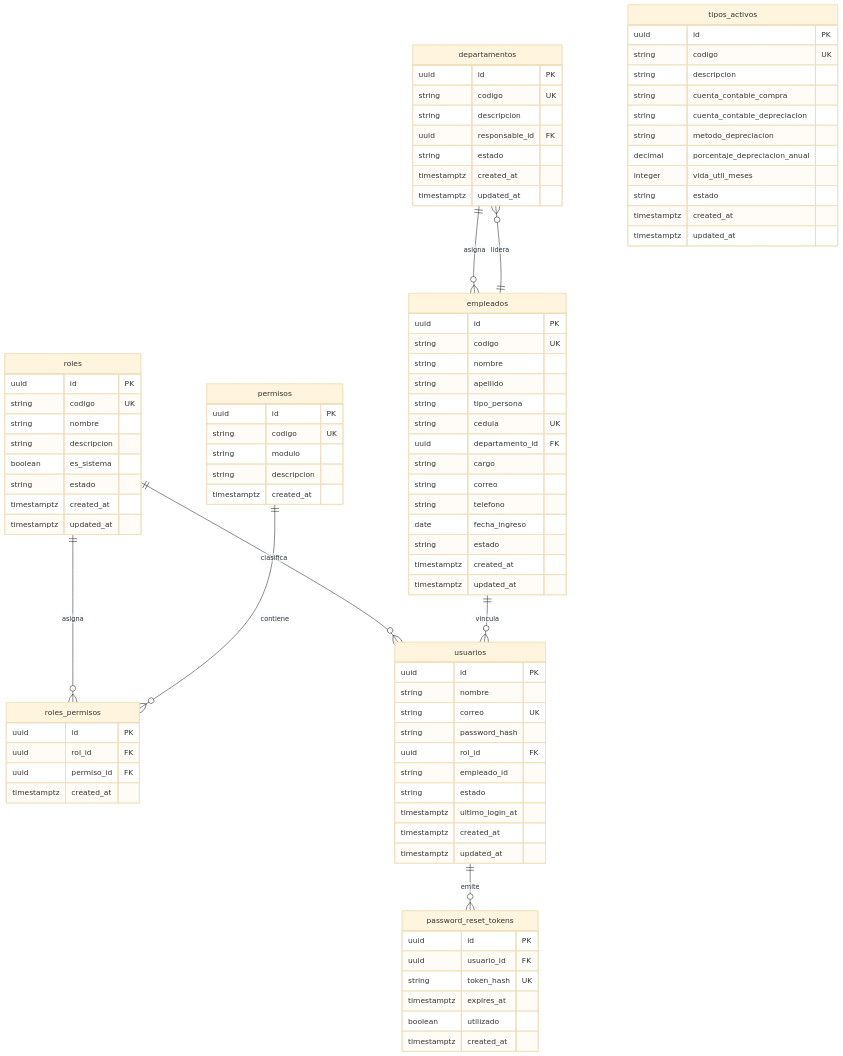
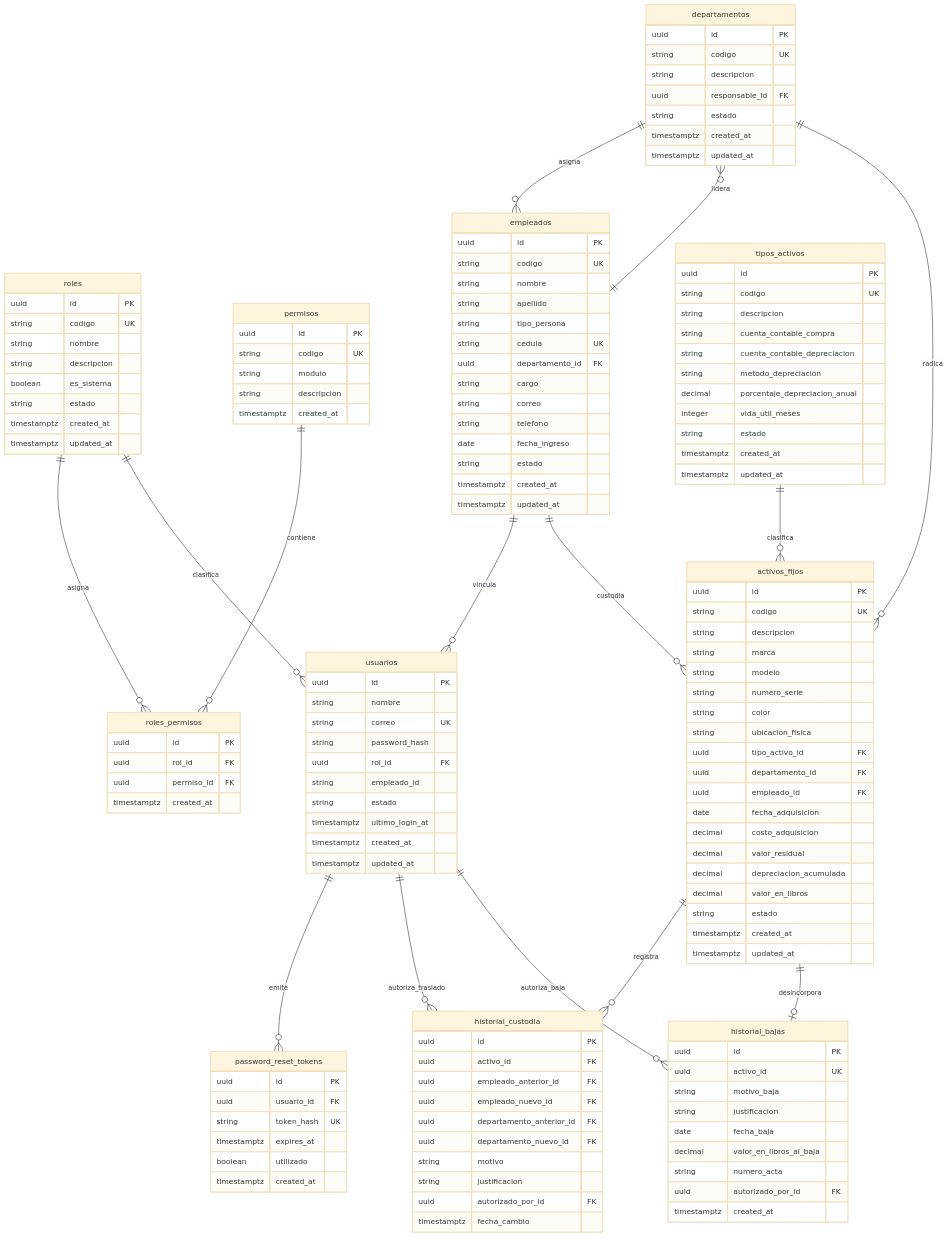
Before and after one commit to JeremyJS20/activa_core: the fourth of 4 diagrams in docs/modules/activos-fijos.md, drawn with Mermaid (base theme). The commit also changed other lines of this file and 2 other files, not shown here.

Commit message:
docs(activos-fijos): certificar Task 4.3 sincronizacion de documentacion viva de modulo y base de datos para Sub-modulo 02

````diff
--- a/docs/modules/activos-fijos.md
+++ b/docs/modules/activos-fijos.md
@@ -102,6 +114,13 @@
     departamentos ||--o{ empleados : asigna
     departamentos }o--|| empleados : lidera
     empleados ||--o{ usuarios : vincula
+    tipos_activos ||--o{ activos_fijos : clasifica
+    departamentos ||--o{ activos_fijos : radica
+    empleados ||--o{ activos_fijos : custodia
+    activos_fijos ||--o{ historial_custodia : registra
+    activos_fijos ||--o| historial_bajas : desincorpora
+    usuarios ||--o{ historial_custodia : autoriza_traslado
+    usuarios ||--o{ historial_bajas : autoriza_baja
 
     departamentos {
         uuid id PK
@@ -191,4 +210,51 @@
         boolean utilizado
         timestamptz created_at
     }
+
+    activos_fijos {
+        uuid id PK
+        string codigo UK
+        string descripcion
+        string marca
+        string modelo
+        string numero_serie
+        string color
+        string ubicacion_fisica
+        uuid tipo_activo_id FK
+        uuid departamento_id FK
+        uuid empleado_id FK
+        date fecha_adquisicion
+        decimal costo_adquisicion
+        decimal valor_residual
+        decimal depreciacion_acumulada
+        decimal valor_en_libros
+        string estado
+        timestamptz created_at
+        timestamptz updated_at
+    }
+
+    historial_custodia {
+        uuid id PK
+        uuid activo_id FK
+        uuid empleado_anterior_id FK
+        uuid empleado_nuevo_id FK
+        uuid departamento_anterior_id FK
+        uuid departamento_nuevo_id FK
+        string motivo
+        string justificacion
+        uuid autorizado_por_id FK
+        timestamptz fecha_cambio
+    }
+
+    historial_bajas {
+        uuid id PK
+        uuid activo_id UK
+        string motivo_baja
+        string justificacion
+        date fecha_baja
+        decimal valor_en_libros_al_baja
+        string numero_acta
+        uuid autorizado_por_id FK
+        timestamptz created_at
+    }
 ```
````
